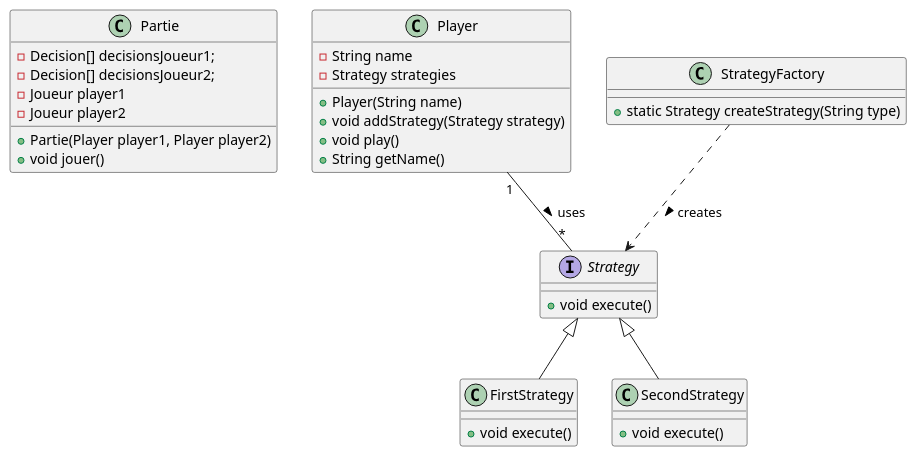
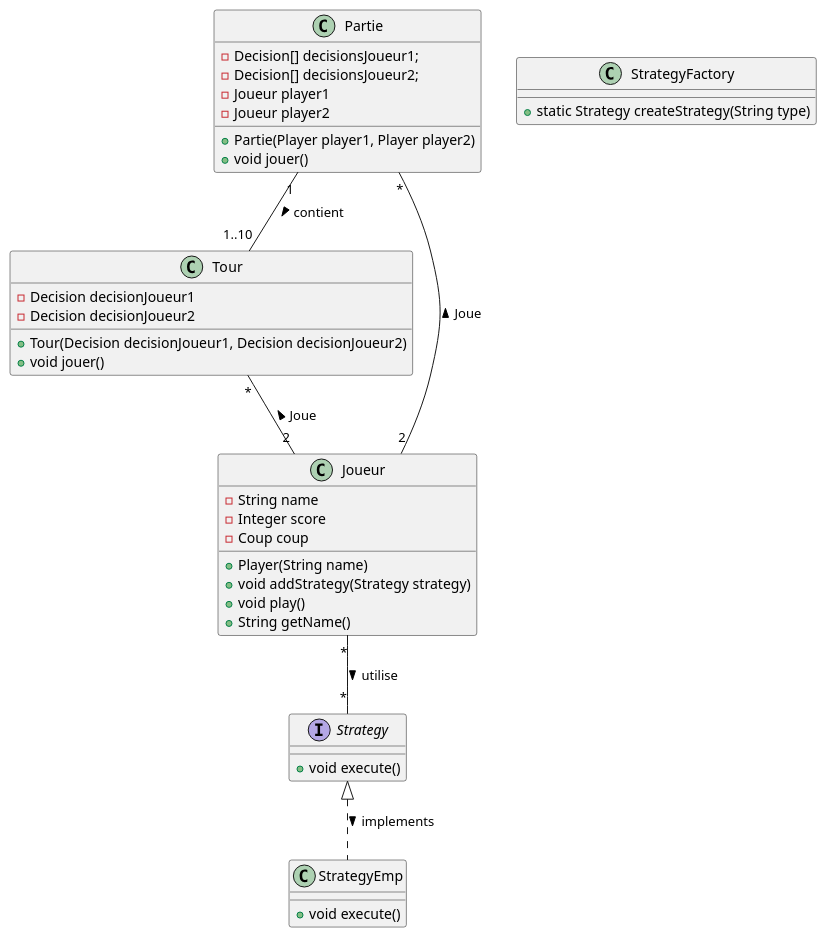
One commit to l3miage-pichouda/prisonners-dilemma-back changed the diagram in uml.wsd. Above: the diagram before and after it, drawn with PlantUML. The commit also changed 1 other file, not shown here.

Commit message:
uml updated

```diff
--- a/uml.wsd
+++ b/uml.wsd
@@ -1,41 +1,49 @@
 @startuml
 
 class Partie {
     - Decision[] decisionsJoueur1;
     - Decision[] decisionsJoueur2;
     - Joueur player1
     - Joueur player2
     + Partie(Player player1, Player player2)
     + void jouer()
 }
 
-class Player {
+
+class Tour {
+    - Decision decisionJoueur1
+    - Decision decisionJoueur2
+    + Tour(Decision decisionJoueur1, Decision decisionJoueur2)
+    + void jouer()
+}
+
+class Joueur {
     - String name
-    - Strategy strategies
+    - Integer score
+    - Coup coup
     + Player(String name)
     + void addStrategy(Strategy strategy)
     + void play()
     + String getName()
 }
 
 interface Strategy {
     + void execute()
 }
 
-class FirstStrategy {
+class StrategyEmp {
     + void execute()
 }
 
-class SecondStrategy {
-    + void execute()
-}
 
 class StrategyFactory {
     + static Strategy createStrategy(String type)
 }
 
-Player "1" -- "*" Strategy : uses >
-Strategy <|-- FirstStrategy
-Strategy <|-- SecondStrategy
-StrategyFactory ..> Strategy : creates >
+Partie "*" -- "2" Joueur : Joue <
+Tour "*" -- "2" Joueur : Joue <
+Partie "1" -- "1..10" Tour : contient >
+Joueur "*" -- "*" Strategy : utilise >
+Strategy <|.. StrategyEmp : implements >
+
 @enduml
```
